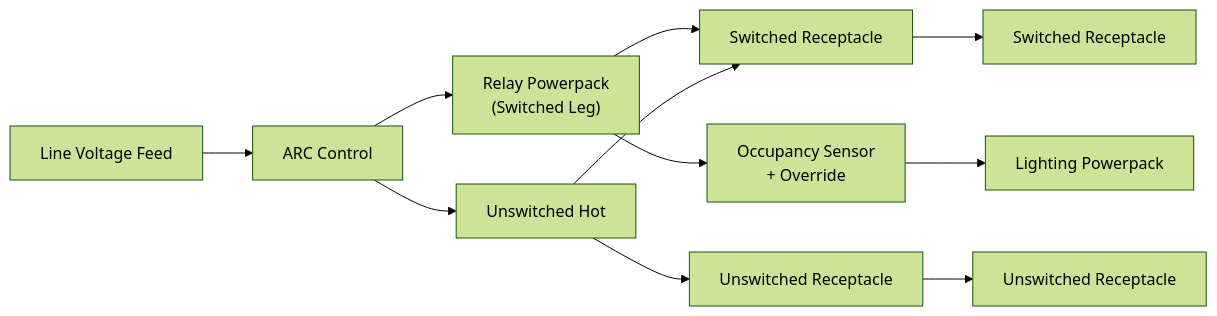
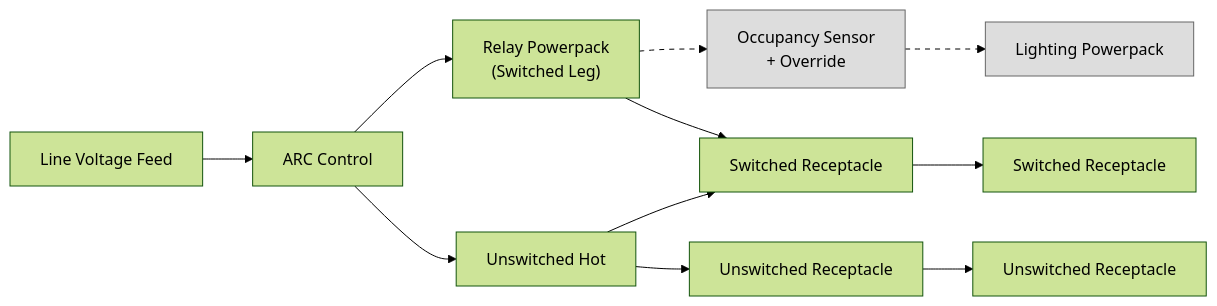
The diagram in ontology/functional-constructs/automatic-receptacle-control.md (kissolutions/knowledgebase_wikijs), drawn with Mermaid (forest theme) before and after one commit.

````diff
--- a/ontology/functional-constructs/automatic-receptacle-control.md
+++ b/ontology/functional-constructs/automatic-receptacle-control.md
@@ -158,37 +158,46 @@
 ```mermaid
 graph LR
 
 LV["Line Voltage Feed"]
 
 ARC["ARC Control"]
 
 RP["Relay Powerpack<br>(Switched Leg)"]
 
+OCC["Occupancy Sensor<br>+ Override"]
+LP["Lighting Powerpack"]
+
 SR1["Switched Receptacle"]
 SR2["Switched Receptacle"]
 
 UH["Unswitched Hot"]
 
 UR1["Unswitched Receptacle"]
 UR2["Unswitched Receptacle"]
 
-OCC["Occupancy Sensor<br>+ Override"]
-
-LP["Lighting Powerpack"]
-
 LV --> ARC
 
 ARC --> RP
 ARC --> UH
 
+%% Control path (placed earlier to render higher)
+RP -.-> OCC
+OCC -.-> LP
+
+%% Switched receptacles
 RP --> SR1 --> SR2
 
+%% Unswitched receptacles
 UH --> UR1 --> UR2
 
-%% Unswitched hot bypass to switched receptacles
+%% Unswitched bypass feeding switched receptacle circuit
 UH --> SR1
 
-%% Control relationship
-RP --> OCC
-OCC --> LP
+%% Styling for control domain
+classDef control fill:#dddddd,stroke:#666666,color:#000000;
+class OCC,LP control;
+
+%% Force dashed control links
+linkStyle 3 stroke-dasharray: 5 5
+linkStyle 4 stroke-dasharray: 5 5
 ```
````
